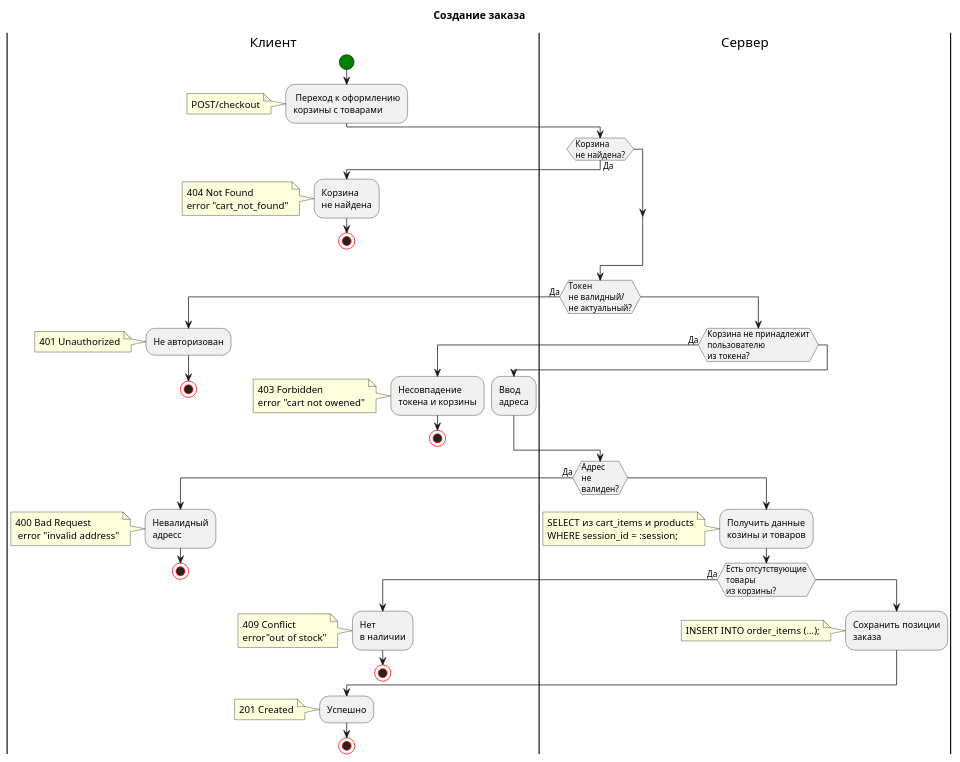
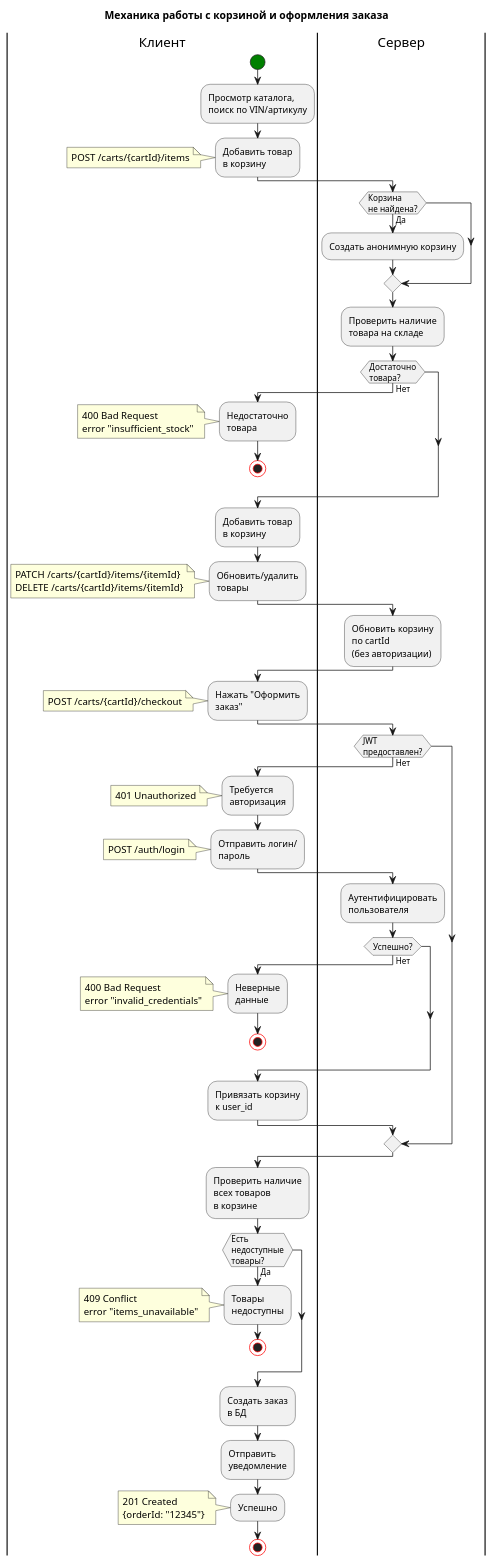
The diagram in diagrams/ActivityDiagram.puml (a-dobritsa/spareparts_for_everyone), drawn with PlantUML before and after one commit.

Commit message:
Исправленная версия с учетом OpenAPI

```diff
--- a/diagrams/ActivityDiagram.puml
+++ b/diagrams/ActivityDiagram.puml
@@ -1,85 +1,86 @@
 @startuml
-title Создание заказа
+title Механика работы с корзиной и оформления заказа
 skinparam activity {
 startColor green
-endColor red
 stopColor red
 }
 
 swimlane Клиент
   start
-  : Переход к оформлению\nкорзины с товарами;
+  :Просмотр каталога,\nпоиск по VIN/артикулу;
+  :Добавить товар\nв корзину;
   note 
-    POST/checkout
+    POST /carts/{cartId}/items
   end note
 swimlane Сервер
-      if (Корзина\nне найдена?) then (Да)
+  if (Корзина\nне найдена?) then (Да)
+    :Создать анонимную корзину;
+  endif
+  :Проверить наличие\nтовара на складе;
+  if (Достаточно\nтовара?) then (Нет)
 swimlane Клиент
-        :Корзина\nне найдена;
-        note
-          404 Not Found
-          error "cart_not_found"
-        end note
-        stop
-      endif
+    :Недостаточно\nтовара;
+    note
+      400 Bad Request
+      error "insufficient_stock"
+    end note
+    stop
+  endif
+  :Добавить товар\nв корзину;
+swimlane Клиент
+  :Обновить/удалить\nтовары;
+  note
+    PATCH /carts/{cartId}/items/{itemId}
+    DELETE /carts/{cartId}/items/{itemId}
+  end note
 swimlane Сервер
-        if (Токен\nне валидный/\nне актуальный?) then (Да)
+  :Обновить корзину\nпо cartId\n(без авторизации);
 swimlane Клиент
-          :Не авторизован;
-          note
-            401 Unauthorized
-          end note
-          stop
-          else
+  :Нажать "Оформить\nзаказ";
+  note
+    POST /carts/{cartId}/checkout
+  end note
 swimlane Сервер
-            if (Корзина не принадлежит\nпользователю\nиз токена?) then (Да)
+  if (JWT\nпредоставлен?) then (Нет)
 swimlane Клиент
-              :Несовпадение\nтокена и корзины;
-              note
-                403 Forbidden
-                error "cart not owened"
-              end note
-              stop
-              else
-              :Ввод\nадреса;
-        endif
-            endif
+    :Требуется\nавторизация;
+    note
+      401 Unauthorized
+    end note
+    :Отправить логин/\nпароль;
+    note
+      POST /auth/login
+    end note
 swimlane Сервер
-              if (Адрес\nне\nвалиден?) then (Да)
+    :Аутентифицировать\nпользователя;
+    if (Успешно?) then (Нет)
 swimlane Клиент
-                :Невалидный\nадресс;
-                note
-                 400 Bad Request
-                  error "invalid address"
-                end note
-                stop
-                else
-swimlane Сервер
-                  :Получить данные\nкозины и товаров;
-                  note
-                    SELECT из cart_items и products
-                    WHERE session_id = :session;
-                  end note
-                if (Есть отсутствующие\nтовары\nиз корзины?) then (Да)
+      :Неверные\nданные;
+      note
+        400 Bad Request
+        error "invalid_credentials"
+      end note
+      stop
+    endif
+    :Привязать корзину\nк user_id;
+  endif
+  :Проверить наличие\nвсех товаров\nв корзине;
+  if (Есть\nнедоступные\nтовары?) then (Да)
 swimlane Клиент
-                  :Нет\nв наличии;
-                   note 
-                    409 Conflict
-                    error"out of stock"
-                  end note
-                  stop
-                  else
-swimlane Сервер
-                  :Сохранить позиции\nзаказа;
-                  note
-                  INSERT INTO order_items (...);
-                  end note
-              endif
-                endif
+    :Товары\nнедоступны;
+    note
+      409 Conflict
+      error "items_unavailable"
+    end note
+    stop
+  endif
+  :Создать заказ\nв БД;
+  :Отправить\nуведомление;
 swimlane Клиент
   :Успешно;
   note
     201 Created
+    {orderId: "12345"}
   end note
   stop
 @enduml
```
